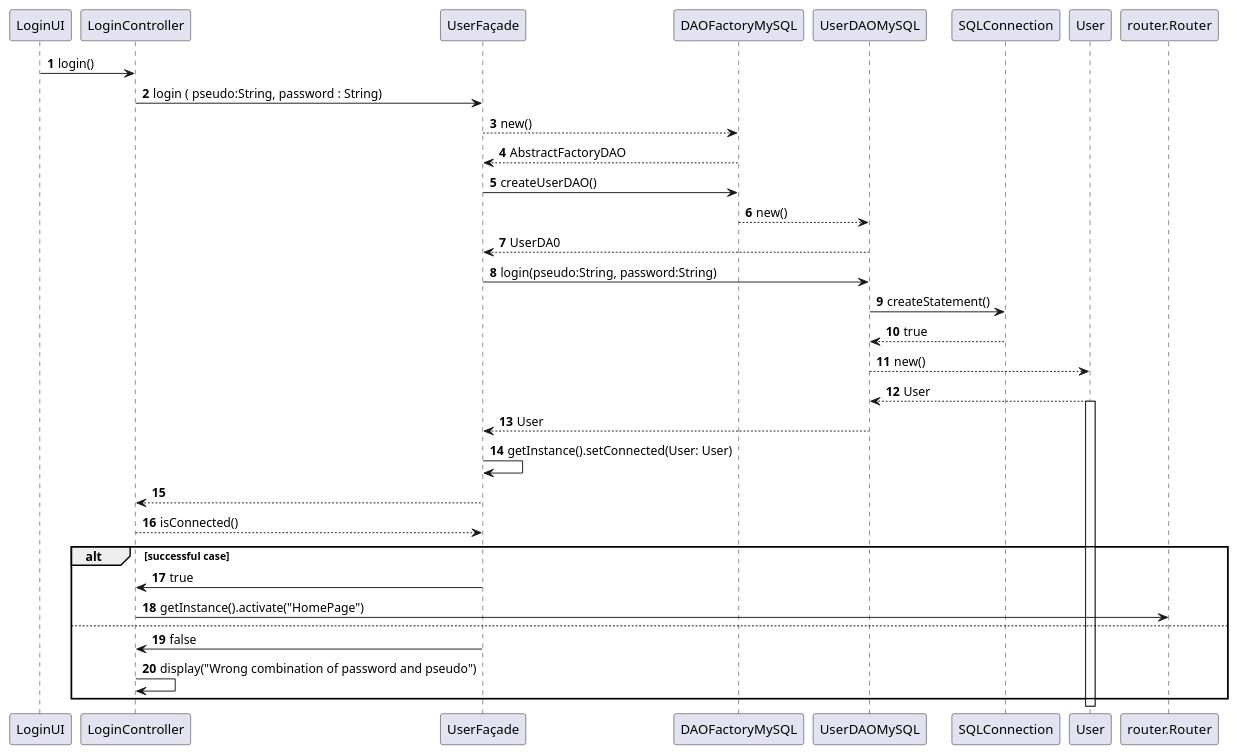
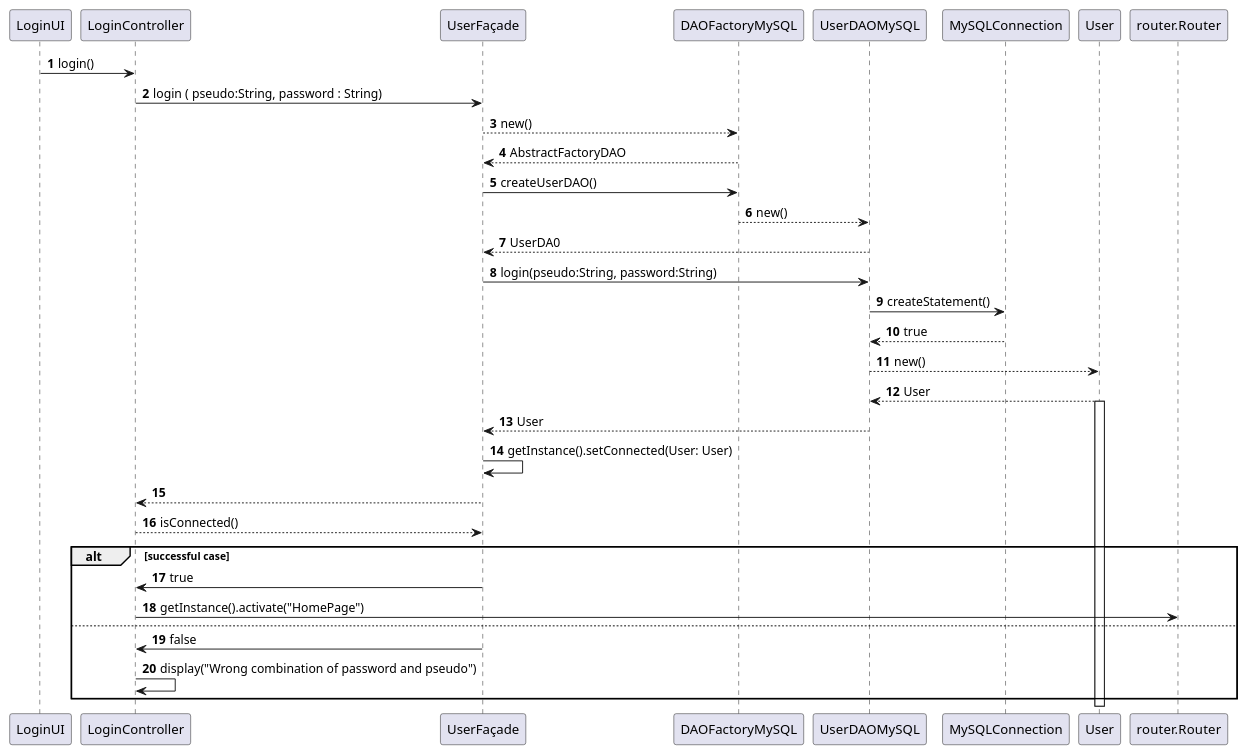
One commit to aymericCOUPRIE/Mercat changed the diagram in Diagramms/LoginSequenceDiagram.puml. Above: the diagram before and after it, drawn with PlantUML. The commit also changed 2 other files, not shown here.

```diff
--- a/Diagramms/LoginSequenceDiagram.puml
+++ b/Diagramms/LoginSequenceDiagram.puml
@@ -1,29 +1,29 @@
 @startuml
 autonumber
 LoginUI -> LoginController : login()
 LoginController -> UserFaçade : login ( pseudo:String, password : String)
 UserFaçade --> DAOFactoryMySQL : new()
 DAOFactoryMySQL --> UserFaçade : AbstractFactoryDAO
 UserFaçade ->DAOFactoryMySQL : createUserDAO()
 DAOFactoryMySQL --> UserDAOMySQL : new()
 UserDAOMySQL -->UserFaçade : UserDA0
 UserFaçade -> UserDAOMySQL : login(pseudo:String, password:String)
-UserDAOMySQL -> SQLConnection : createStatement()
-SQLConnection --> UserDAOMySQL : true
+UserDAOMySQL -> MySQLConnection : createStatement()
+MySQLConnection --> UserDAOMySQL : true
 UserDAOMySQL --> User : new()
 User --> UserDAOMySQL : User
 activate User
 UserDAOMySQL --> UserFaçade : User
 UserFaçade->UserFaçade : getInstance().setConnected(User: User)
 UserFaçade --> LoginController
 LoginController --> UserFaçade : isConnected()
 alt successful case
     UserFaçade -> LoginController : true
     LoginController -> router.Router : getInstance().activate("HomePage")
 else
     UserFaçade -> LoginController : false
     LoginController -> LoginController : display("Wrong combination of password and pseudo")
 end
 
 
 @enduml
```
